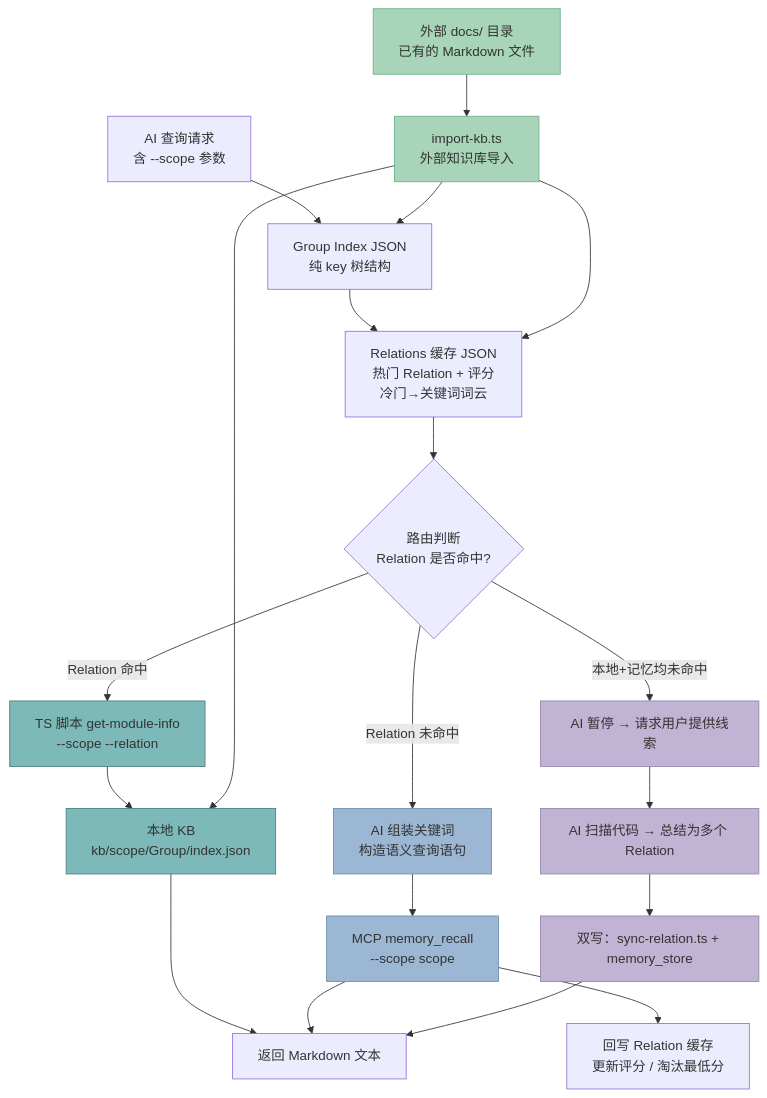
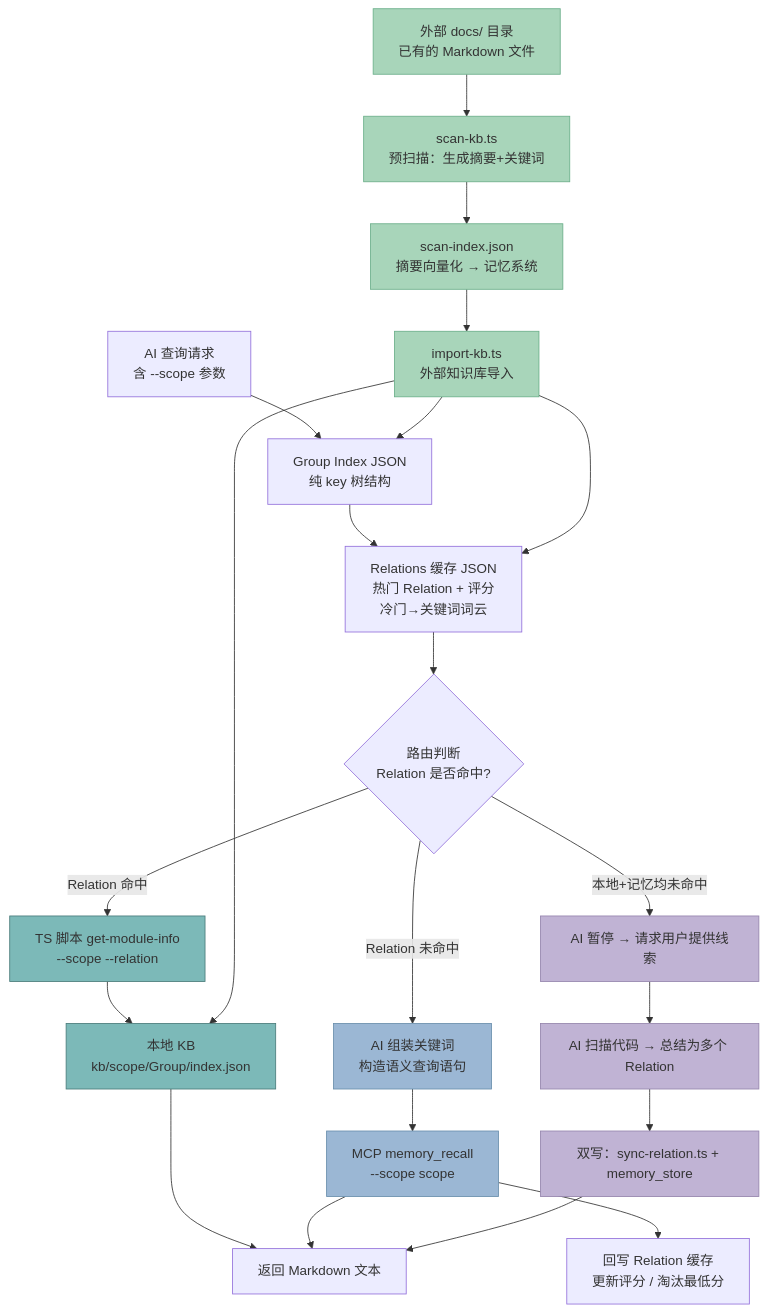
The first of 9 diagrams in docs/knowledge-index-skill_DESIGN.md (HACK-WU/memory-lancedb-mcp), drawn with Mermaid before and after one commit. The commit also changed other lines of this file and 1 other file, not shown here.

````diff
--- a/docs/knowledge-index-skill_DESIGN.md
+++ b/docs/knowledge-index-skill_DESIGN.md
@@ -120,48 +132,54 @@
 ```mermaid
 flowchart TD
     Q[AI 查询请求<br/>含 --scope 参数]
     G[Group Index JSON<br/>纯 key 树结构]
     R[Relations 缓存 JSON<br/>热门 Relation + 评分<br/>冷门→关键词词云]
     ROUTE{路由判断<br/>Relation 是否命中?}
     TS[TS 脚本 get-module-info<br/>--scope --relation]
     KB[本地 KB<br/>kb/scope/Group/index.json]
     KW[AI 组装关键词<br/>构造语义查询语句]
     MCP[MCP memory_recall<br/>--scope scope]
     PAUSE[AI 暂停 → 请求用户提供线索]
     SCAN[AI 扫描代码 → 总结为多个 Relation]
     DUAL[双写：sync-relation.ts + memory_store]
     RES[返回 Markdown 文本]
     CACHE[回写 Relation 缓存<br/>更新评分 / 淘汰最低分]
 
     Q --> G
     G --> R
     R --> ROUTE
     ROUTE -- "Relation 命中" --> TS
     TS --> KB
     KB --> RES
     ROUTE -- "Relation 未命中" --> KW
     KW --> MCP
     MCP --> RES
     MCP --> CACHE
     ROUTE -- "本地+记忆均未命中" --> PAUSE
     PAUSE --> SCAN
     SCAN --> DUAL
     DUAL --> RES
 
     IMPORT[import-kb.ts<br/>外部知识库导入]
     EXT[外部 docs/ 目录<br/>已有的 Markdown 文件]
-    EXT --> IMPORT
+    PRESCAN[scan-kb.ts<br/>预扫描：生成摘要+关键词]
+    SCANIDX[scan-index.json<br/>摘要向量化 → 记忆系统]
+    EXT --> PRESCAN
+    PRESCAN --> SCANIDX
+    SCANIDX --> IMPORT
     IMPORT --> G
     IMPORT --> R
     IMPORT --> KB
 
     style TS fill:#7CB9B8,stroke:#4A7C7B
     style KB fill:#7CB9B8,stroke:#4A7C7B
     style KW fill:#9BB7D4,stroke:#6A8FAD
     style MCP fill:#9BB7D4,stroke:#6A8FAD
     style PAUSE fill:#C0B3D4,stroke:#9585AD
     style SCAN fill:#C0B3D4,stroke:#9585AD
     style DUAL fill:#C0B3D4,stroke:#9585AD
     style IMPORT fill:#A8D5BA,stroke:#6BAF8A
     style EXT fill:#A8D5BA,stroke:#6BAF8A
+    style PRESCAN fill:#A8D5BA,stroke:#6BAF8A
+    style SCANIDX fill:#A8D5BA,stroke:#6BAF8A
 ```
````
